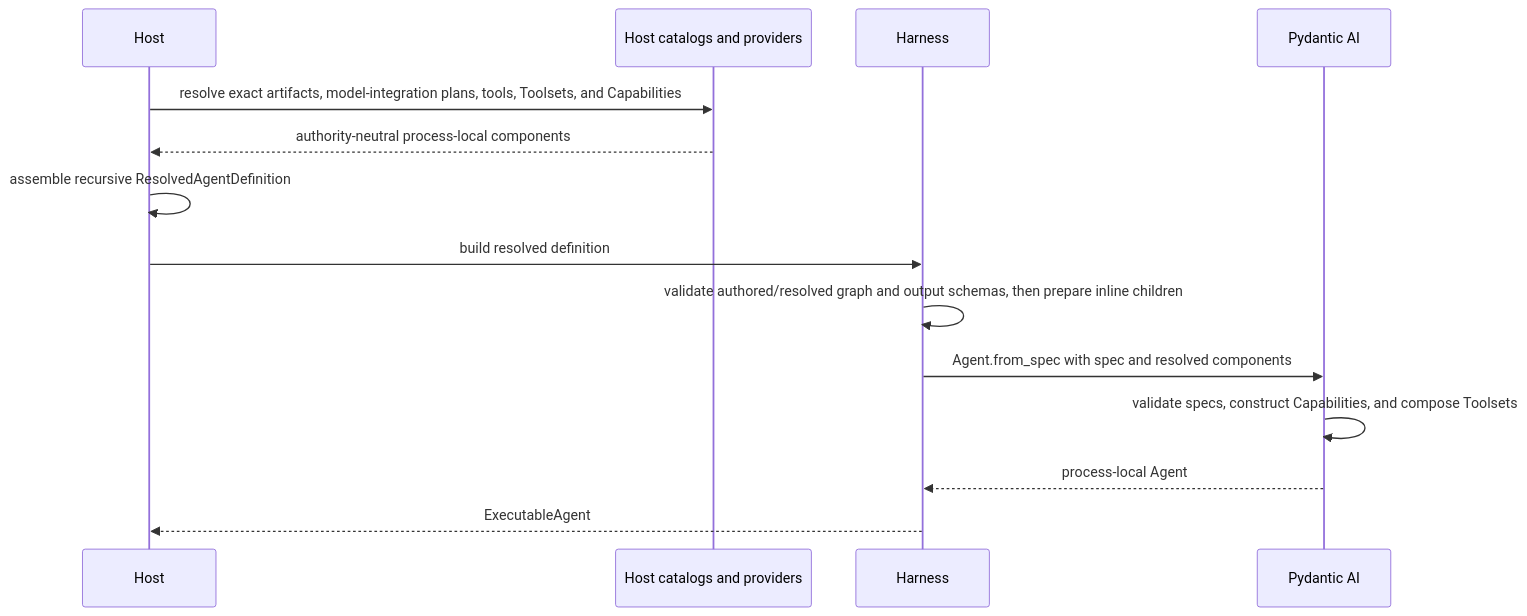
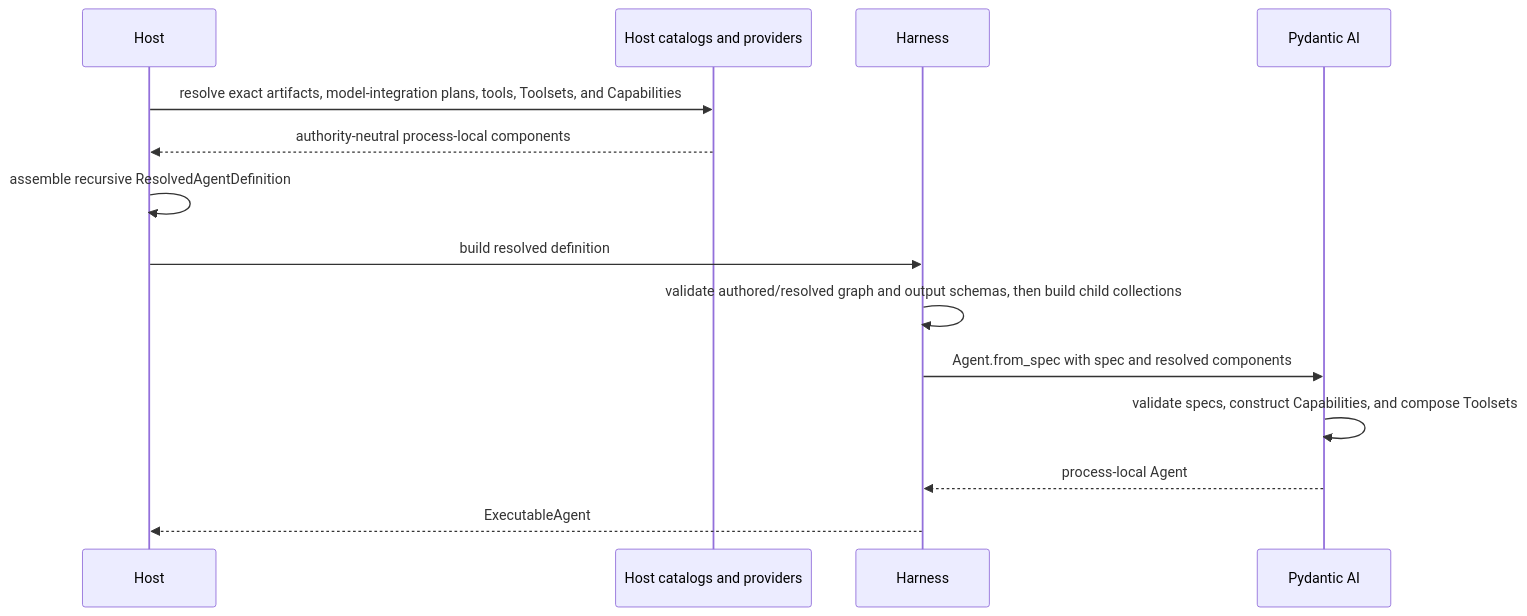
The third of 3 diagrams in spec/agent-harness/03-agent-definition-and-build.md (LTThreeComma/agent-foundation), drawn with Mermaid before and after one commit. The commit also changed other lines of this file and 54 other files, not shown here.

````diff
--- a/spec/agent-harness/03-agent-definition-and-build.md
+++ b/spec/agent-harness/03-agent-definition-and-build.md
@@ -193,17 +200,17 @@
 ```mermaid
 sequenceDiagram
     participant Host
     participant Registry as Host catalogs and providers
     participant Harness
     participant PAI as Pydantic AI
 
     Host->>Registry: resolve exact artifacts, model-integration plans, tools, Toolsets, and Capabilities
     Registry-->>Host: authority-neutral process-local components
     Host->>Host: assemble recursive ResolvedAgentDefinition
     Host->>Harness: build resolved definition
-    Harness->>Harness: validate authored/resolved graph and output schemas, then prepare inline children
+    Harness->>Harness: validate authored/resolved graph and output schemas, then build child collections
     Harness->>PAI: Agent.from_spec with spec and resolved components
     PAI->>PAI: validate specs, construct Capabilities, and compose Toolsets
     PAI-->>Harness: process-local Agent
     Harness-->>Host: ExecutableAgent
 ```
````
